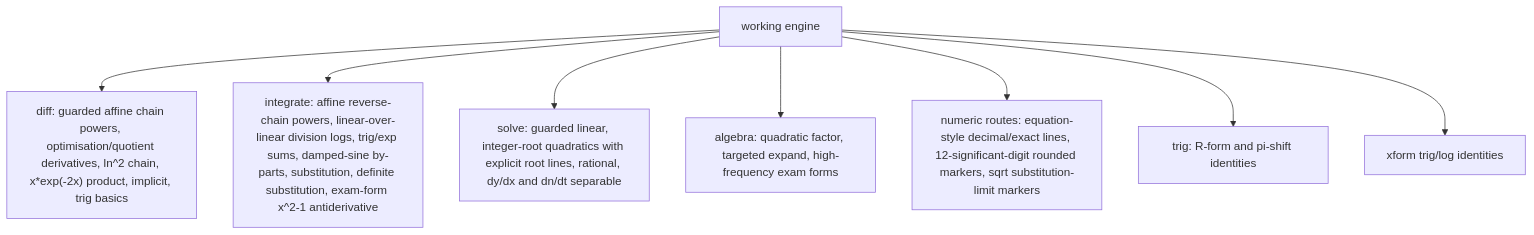
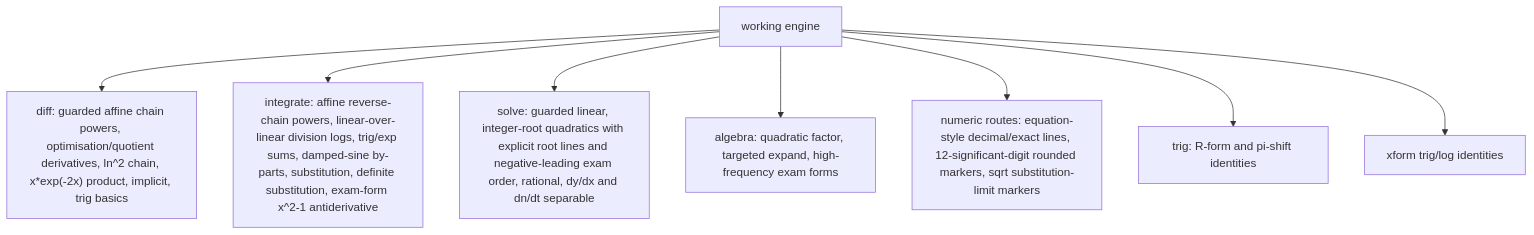
One commit to james8464/notes-addin-casio-fx-cg50 changed the third of 6 diagrams in docs/GRAPH.md. Above: the diagram before and after it, drawn with Mermaid. The commit also changed other lines of this file and 3 other files, not shown here.

````diff
--- a/docs/GRAPH.md
+++ b/docs/GRAPH.md
@@ -36,10 +36,10 @@
 ```mermaid
 graph TD
   Work["working engine"] --> Diff["diff: guarded affine chain powers, optimisation/quotient derivatives, ln^2 chain, x*exp(-2x) product, implicit, trig basics"]
   Work --> Int["integrate: affine reverse-chain powers, linear-over-linear division logs, trig/exp sums, damped-sine by-parts, substitution, definite substitution, exam-form x^2-1 antiderivative"]
-  Work --> Solve["solve: guarded linear, integer-root quadratics with explicit root lines, rational, dy/dx and dn/dt separable"]
+  Work --> Solve["solve: guarded linear, integer-root quadratics with explicit root lines and negative-leading exam order, rational, dy/dx and dn/dt separable"]
   Work --> Alg["algebra: quadratic factor, targeted expand, high-frequency exam forms"]
   Work --> Num["numeric routes: equation-style decimal/exact lines, 12-significant-digit rounded markers, sqrt substitution-limit markers"]
   Work --> Trig["trig: R-form and pi-shift identities"]
   Work --> Xform["xform trig/log identities"]
 ```
````
